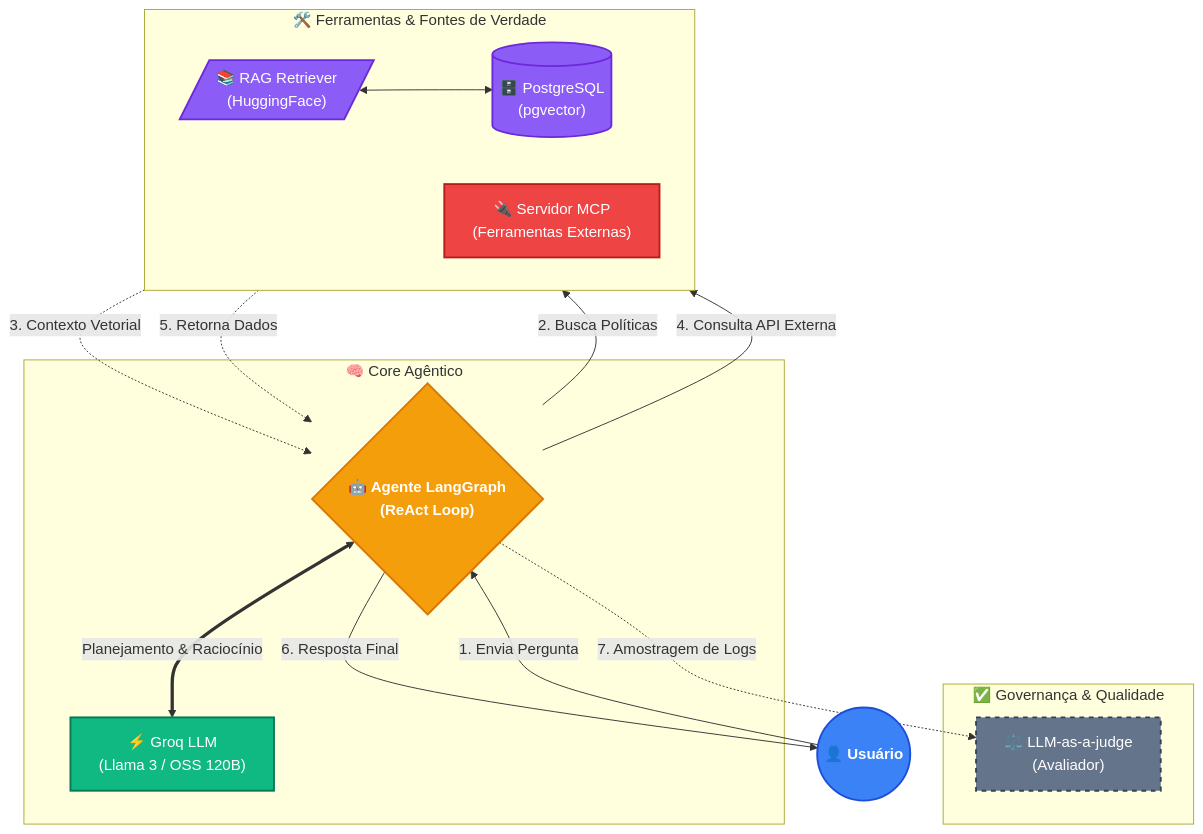
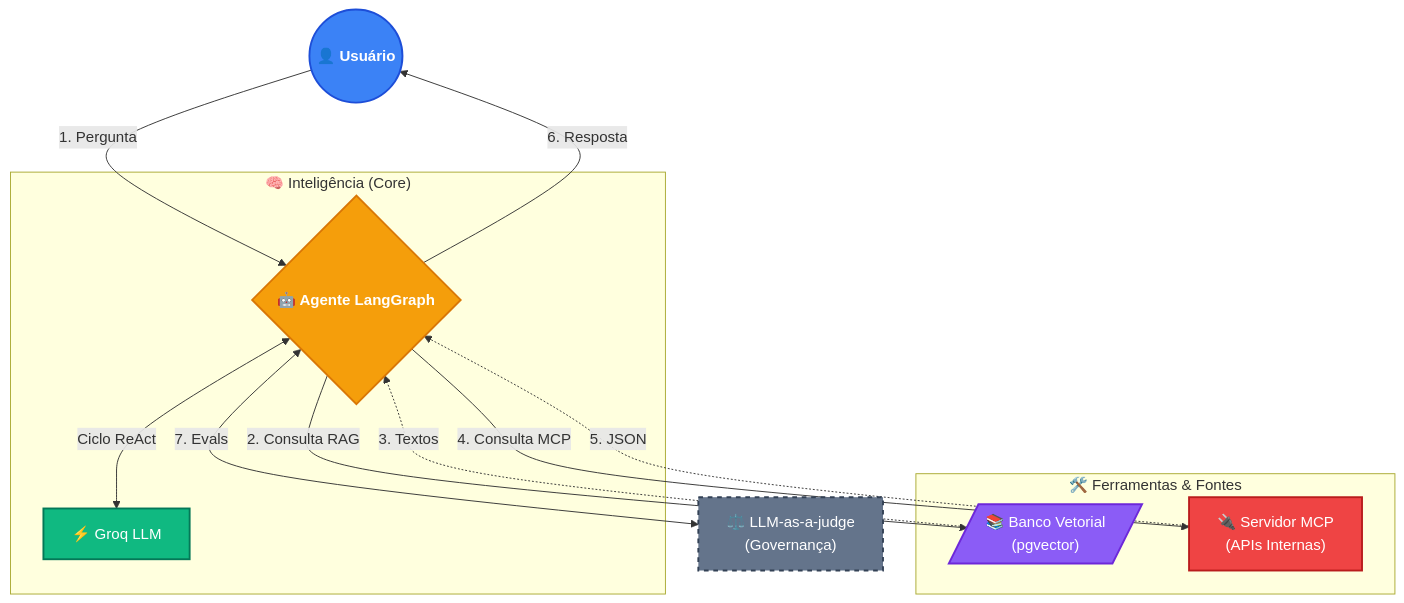
Before and after one commit to raysantosinsta/ai-agentic-rag-mcp: the diagram in README.md, drawn with Mermaid.

Commit message:
docs: update architecture diagram in README

````diff
--- a/README.md
+++ b/README.md
@@ -23,43 +23,39 @@
 ```mermaid
-flowchart TB
+graph TD
     %% Definição de Estilos (Cores e Bordas)
     classDef user fill:#3b82f6,stroke:#1d4ed8,stroke-width:2px,color:#fff,font-weight:bold
     classDef agent fill:#f59e0b,stroke:#d97706,stroke-width:2px,color:#fff,rx:10,ry:10,font-weight:bold
     classDef llm fill:#10b981,stroke:#047857,stroke-width:2px,color:#fff
     classDef db fill:#8b5cf6,stroke:#6d28d9,stroke-width:2px,color:#fff
     classDef mcp fill:#ef4444,stroke:#b91c1c,stroke-width:2px,color:#fff
     classDef eval fill:#64748b,stroke:#334155,stroke-width:2px,color:#fff,stroke-dasharray: 5 5
 
-    %% Nós Principais
+    %% Nós
     U((👤 Usuário)):::user
-    
-    subgraph Core["🧠 Core Agêntico"]
-        A{"🤖 Agente LangGraph\n(ReAct Loop)"}:::agent
-        LLM["⚡ Groq LLM\n(Llama 3 / OSS 120B)"]:::llm
-        A <==>|Planejamento & Raciocínio| LLM
+    E["⚖️ LLM-as-a-judge\n(Governança)"]:::eval
+
+    subgraph "🧠 Inteligência (Core)"
+        A{"🤖 Agente LangGraph"}:::agent
+        LLM["⚡ Groq LLM"]:::llm
     end
 
-    subgraph Tools["🛠️ Ferramentas & Fontes de Verdade"]
-        direction LR
-        RAG[/"📚 RAG Retriever\n(HuggingFace)"/]:::db
-        DB[("🗄️ PostgreSQL\n(pgvector)")]:::db
-        MCP["🔌 Servidor MCP\n(Ferramentas Externas)"]:::mcp
-        
-        RAG <--> DB
-    end
-    
-    subgraph Evals["✅ Governança & Qualidade"]
-        E["⚖️ LLM-as-a-judge\n(Avaliador)"]:::eval
+    subgraph "🛠️ Ferramentas & Fontes"
+        RAG[/"📚 Banco Vetorial\n(pgvector)"/]:::db
+        MCP["🔌 Servidor MCP\n(APIs Internas)"]:::mcp
     end
 
-    %% Fluxo de Execução
-    U -->|1. Envia Pergunta| A
-    A -->|2. Busca Políticas| RAG
-    RAG -.->|3. Contexto Vetorial| A
-    A -->|4. Consulta API Externa| MCP
-    MCP -.->|5. Retorna Dados| A
-    A -->|6. Resposta Final| U
-    
-    %% Fluxo de Avaliação
-    A -.->|7. Amostragem de Logs| E
+    %% Conexões com o Usuário
+    U -->|1. Pergunta| A
+    A -->|6. Resposta| U
+
+    %% Conexões Internas do Agente
+    A <-->|Ciclo ReAct| LLM
+    A <-->|7. Evals| E
+
+    %% Conexões com as Ferramentas (Simétricas)
+    A -->|2. Consulta RAG| RAG
+    RAG -.->|3. Textos| A
+
+    A -->|4. Consulta MCP| MCP
+    MCP -.->|5. JSON| A
 ```
````
